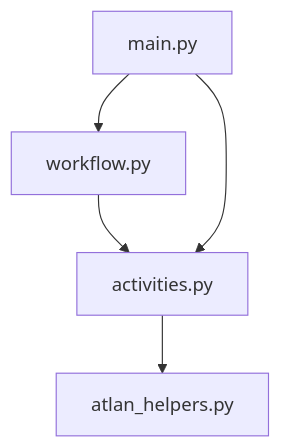
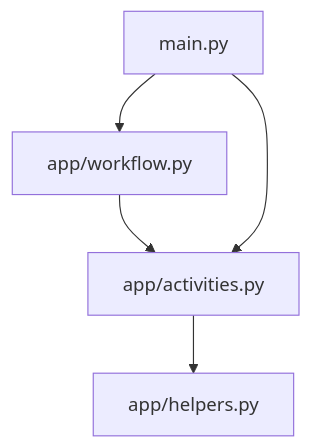
Before and after one commit to atlanhq/atlan-sample-apps: the diagram in workflows_observability/README.md, drawn with Mermaid. The commit also changed other lines of this file and 11 other files, not shown here.

````diff
--- a/workflows_observability/README.md
+++ b/workflows_observability/README.md
@@ -93,7 +93,7 @@
 ```mermaid
 graph TD
-    A[main.py] --> B[workflow.py]
-    B --> C[activities.py]
-    C --> D[atlan_helpers.py]
+    A[main.py] --> B[app/workflow.py]
+    B --> C[app/activities.py]
+    C --> D[app/helpers.py]
     A --> C
 ```
````
